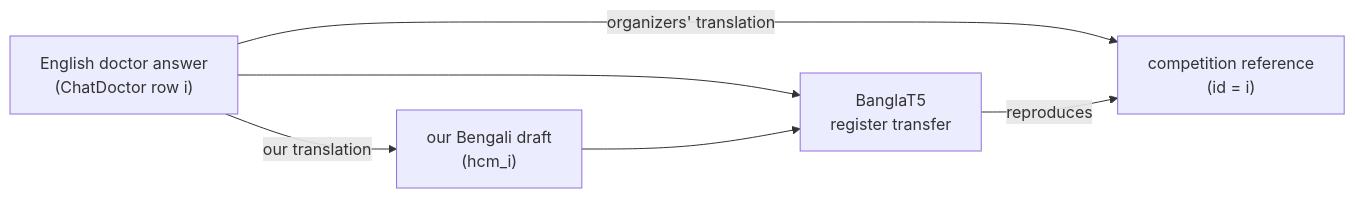
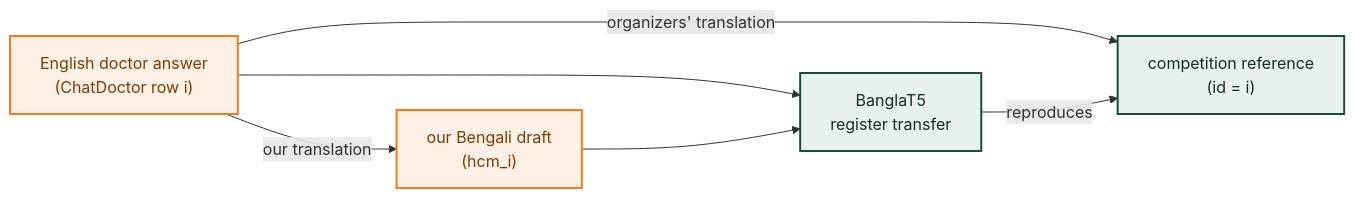
The first of 2 diagrams in README.md (farhanishraq17/Nascenia---CutiePookieUrza), drawn with Mermaid before and after one commit. The commit also changed other lines of this file and 1 other file, not shown here.

````diff
--- a/README.md
+++ b/README.md
@@ -59,9 +106,14 @@
 ```mermaid
 flowchart LR
     EN["English doctor answer<br/>(ChatDoctor row i)"]
     EN -->|"organizers' translation"| T["competition reference<br/>(id = i)"]
     EN -->|"our translation"| D["our Bengali draft<br/>(hcm_i)"]
     EN --> M["BanglaT5<br/>register transfer"]
     D --> M
     M -->|"reproduces"| T
+
+    classDef src fill:#FDF0E4,stroke:#F47B20,stroke-width:2px,color:#7A3D06
+    classDef tgt fill:#E8F1EE,stroke:#1B4D3E,stroke-width:2px,color:#0F2F26
+    class EN,D src
+    class T,M tgt
 ```
````
